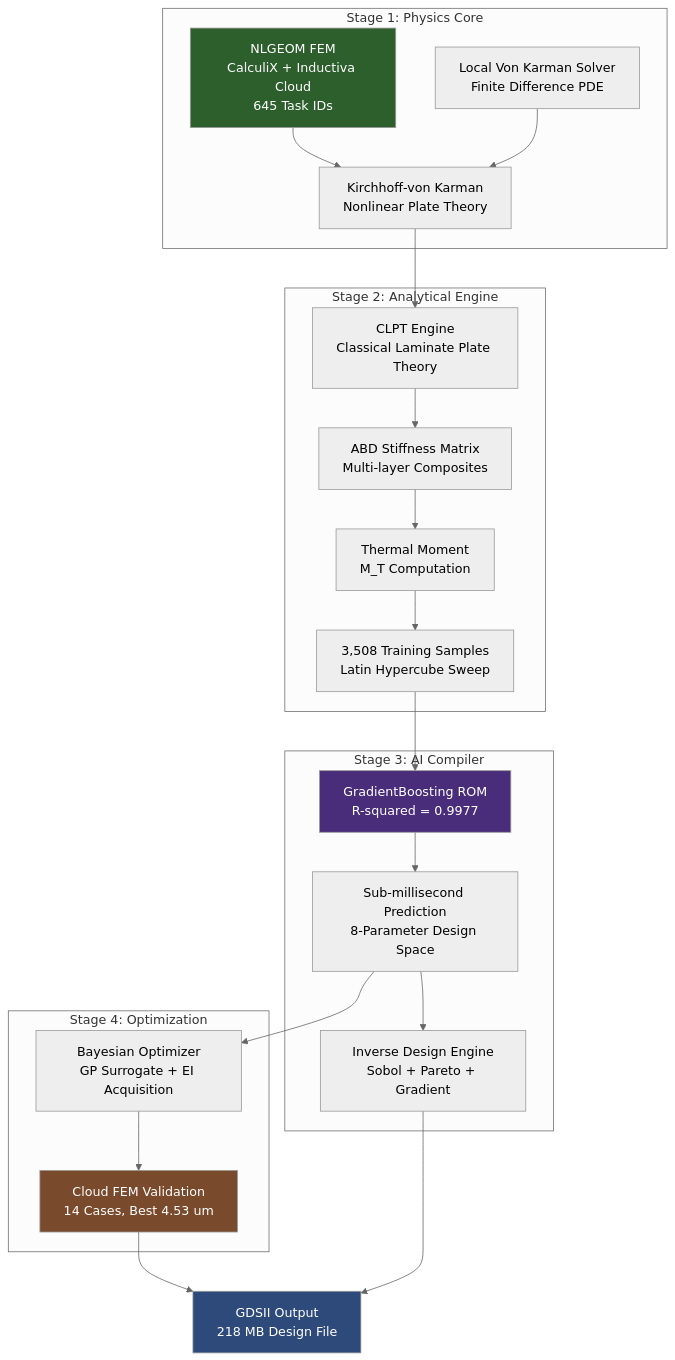
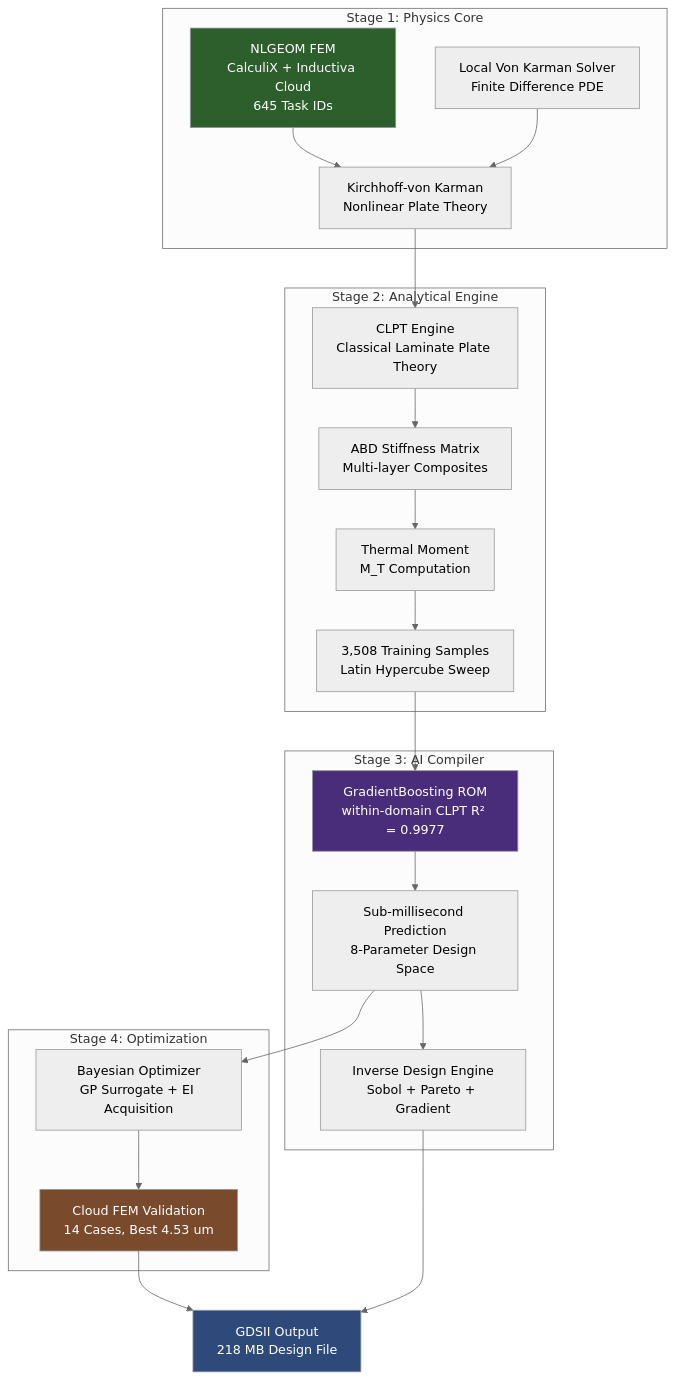
One commit to nickharris808/Genesis-PROV2-Packaging-OS changed the first of 3 diagrams in README.md. Above: the diagram before and after it, drawn with Mermaid (neutral theme). The commit also changed other lines of this file, not shown here.

````diff
--- a/README.md
+++ b/README.md
@@ -259,33 +259,33 @@
 ```mermaid
 graph TD
     subgraph "Stage 1: Physics Core"
         A[NLGEOM FEM<br/>CalculiX + Inductiva Cloud<br/>645 Task IDs] --> B[Kirchhoff-von Karman<br/>Nonlinear Plate Theory]
         C[Local Von Karman Solver<br/>Finite Difference PDE] --> B
     end
 
     subgraph "Stage 2: Analytical Engine"
         D[CLPT Engine<br/>Classical Laminate Plate Theory] --> E[ABD Stiffness Matrix<br/>Multi-layer Composites]
         E --> F[Thermal Moment<br/>M_T Computation]
         F --> G[3,508 Training Samples<br/>Latin Hypercube Sweep]
     end
 
     subgraph "Stage 3: AI Compiler"
-        G --> H[GradientBoosting ROM<br/>R-squared = 0.9977]
+        G --> H[GradientBoosting ROM<br/>within-domain CLPT R² = 0.9977]
         H --> I[Sub-millisecond Prediction<br/>8-Parameter Design Space]
         I --> J[Inverse Design Engine<br/>Sobol + Pareto + Gradient]
     end
 
     subgraph "Stage 4: Optimization"
         K[Bayesian Optimizer<br/>GP Surrogate + EI Acquisition] --> L[Cloud FEM Validation<br/>14 Cases, Best 4.53 um]
         I --> K
     end
 
     B --> D
     L --> M[GDSII Output<br/>218 MB Design File]
     J --> M
 
     style A fill:#2d5f2d,color:#fff
     style H fill:#4a2d7a,color:#fff
     style L fill:#7a4a2d,color:#fff
     style M fill:#2d4a7a,color:#fff
 ```
````
